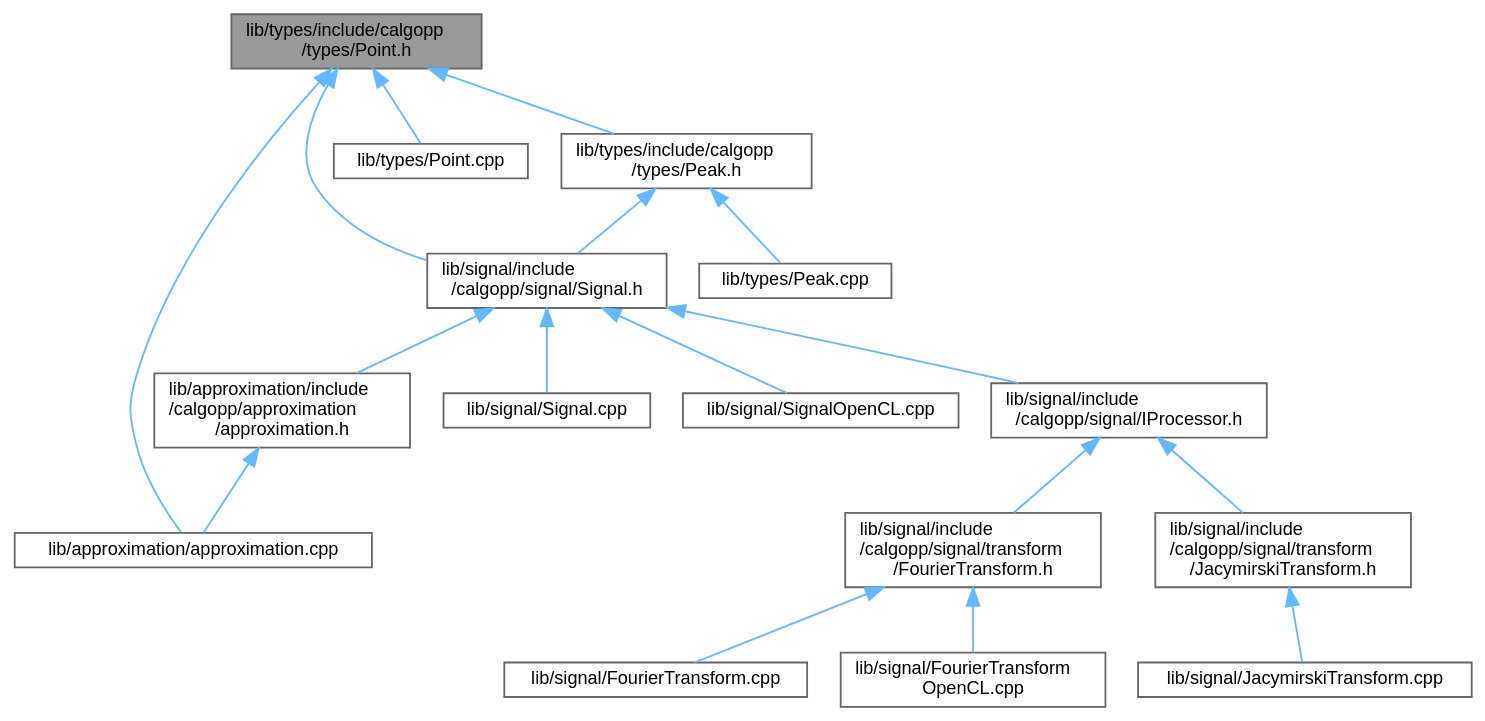
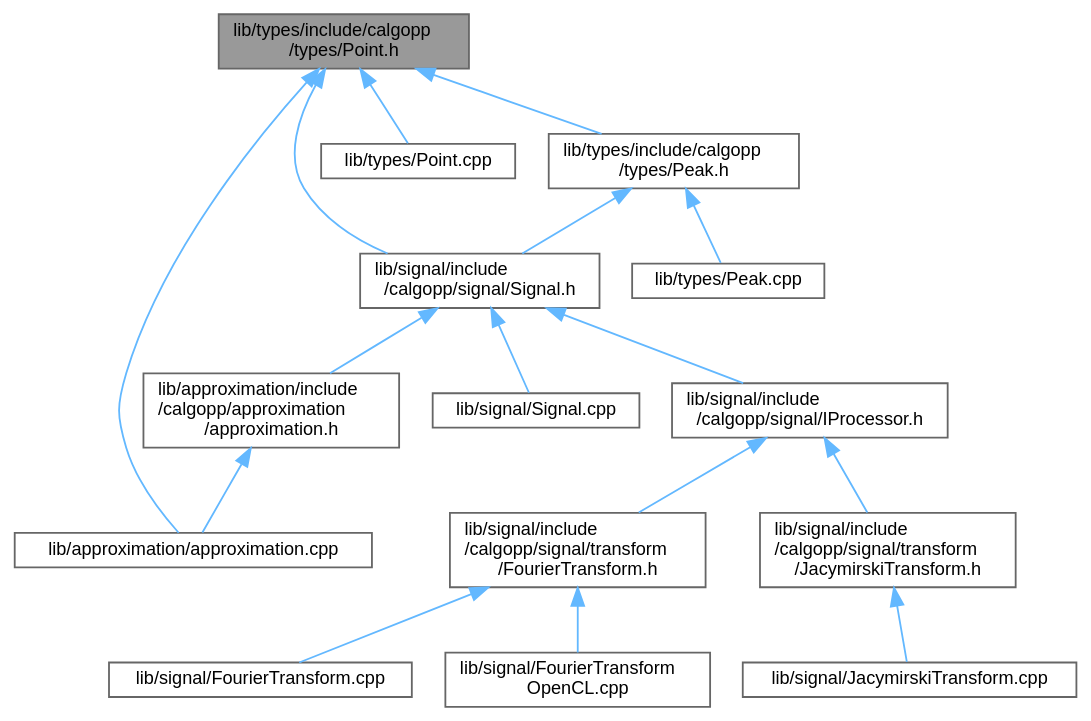
Before and after one commit to pawelekg95/algopp: the diagram in Point_8h__dep__incl.dot, drawn with Graphviz. The commit also changed 63 other files, not shown here.

```diff
--- a/Point_8h__dep__incl.dot
+++ b/Point_8h__dep__incl.dot
@@ -1,38 +1,36 @@
 digraph "lib/types/include/calgopp/types/Point.h"
 {
  // LATEX_PDF_SIZE
   bgcolor="transparent";
   edge [fontname=Helvetica,fontsize=10,labelfontname=Helvetica,labelfontsize=10];
   node [fontname=Helvetica,fontsize=10,shape=box,height=0.2,width=0.4];
   Node1 [label="lib/types/include/calgopp\l/types/Point.h",height=0.2,width=0.4,color="gray40", fillcolor="grey60", style="filled", fontcolor="black",tooltip=" "];
   Node1 -> Node2 [dir="back",color="steelblue1",style="solid"];
   Node2 [label="lib/approximation/approximation.cpp",height=0.2,width=0.4,color="grey40", fillcolor="white", style="filled",URL="$approximation_8cpp.html",tooltip=" "];
   Node1 -> Node3 [dir="back",color="steelblue1",style="solid"];
   Node3 [label="lib/signal/include\l/calgopp/signal/Signal.h",height=0.2,width=0.4,color="grey40", fillcolor="white", style="filled",URL="$Signal_8h.html",tooltip=" "];
   Node3 -> Node4 [dir="back",color="steelblue1",style="solid"];
   Node4 [label="lib/approximation/include\l/calgopp/approximation\l/approximation.h",height=0.2,width=0.4,color="grey40", fillcolor="white", style="filled",URL="$approximation_8h.html",tooltip=" "];
   Node4 -> Node2 [dir="back",color="steelblue1",style="solid"];
   Node3 -> Node5 [dir="back",color="steelblue1",style="solid"];
   Node5 [label="lib/signal/Signal.cpp",height=0.2,width=0.4,color="grey40", fillcolor="white", style="filled",URL="$Signal_8cpp.html",tooltip=" "];
   Node3 -> Node6 [dir="back",color="steelblue1",style="solid"];
-  Node6 [label="lib/signal/SignalOpenCL.cpp",height=0.2,width=0.4,color="grey40", fillcolor="white", style="filled",URL="$SignalOpenCL_8cpp.html",tooltip=" "];
-  Node3 -> Node7 [dir="back",color="steelblue1",style="solid"];
-  Node7 [label="lib/signal/include\l/calgopp/signal/IProcessor.h",height=0.2,width=0.4,color="grey40", fillcolor="white", style="filled",URL="$IProcessor_8h.html",tooltip=" "];
+  Node6 [label="lib/signal/include\l/calgopp/signal/IProcessor.h",height=0.2,width=0.4,color="grey40", fillcolor="white", style="filled",URL="$IProcessor_8h.html",tooltip=" "];
+  Node6 -> Node7 [dir="back",color="steelblue1",style="solid"];
+  Node7 [label="lib/signal/include\l/calgopp/signal/transform\l/FourierTransform.h",height=0.2,width=0.4,color="grey40", fillcolor="white", style="filled",URL="$FourierTransform_8h.html",tooltip=" "];
   Node7 -> Node8 [dir="back",color="steelblue1",style="solid"];
-  Node8 [label="lib/signal/include\l/calgopp/signal/transform\l/FourierTransform.h",height=0.2,width=0.4,color="grey40", fillcolor="white", style="filled",URL="$FourierTransform_8h.html",tooltip=" "];
-  Node8 -> Node9 [dir="back",color="steelblue1",style="solid"];
-  Node9 [label="lib/signal/FourierTransform.cpp",height=0.2,width=0.4,color="grey40", fillcolor="white", style="filled",URL="$FourierTransform_8cpp.html",tooltip=" "];
-  Node8 -> Node10 [dir="back",color="steelblue1",style="solid"];
-  Node10 [label="lib/signal/FourierTransform\lOpenCL.cpp",height=0.2,width=0.4,color="grey40", fillcolor="white", style="filled",URL="$FourierTransformOpenCL_8cpp.html",tooltip=" "];
-  Node7 -> Node11 [dir="back",color="steelblue1",style="solid"];
-  Node11 [label="lib/signal/include\l/calgopp/signal/transform\l/JacymirskiTransform.h",height=0.2,width=0.4,color="grey40", fillcolor="white", style="filled",URL="$JacymirskiTransform_8h.html",tooltip=" "];
-  Node11 -> Node12 [dir="back",color="steelblue1",style="solid"];
-  Node12 [label="lib/signal/JacymirskiTransform.cpp",height=0.2,width=0.4,color="grey40", fillcolor="white", style="filled",URL="$JacymirskiTransform_8cpp.html",tooltip=" "];
+  Node8 [label="lib/signal/FourierTransform.cpp",height=0.2,width=0.4,color="grey40", fillcolor="white", style="filled",URL="$FourierTransform_8cpp.html",tooltip=" "];
+  Node7 -> Node9 [dir="back",color="steelblue1",style="solid"];
+  Node9 [label="lib/signal/FourierTransform\lOpenCL.cpp",height=0.2,width=0.4,color="grey40", fillcolor="white", style="filled",URL="$FourierTransformOpenCL_8cpp.html",tooltip=" "];
+  Node6 -> Node10 [dir="back",color="steelblue1",style="solid"];
+  Node10 [label="lib/signal/include\l/calgopp/signal/transform\l/JacymirskiTransform.h",height=0.2,width=0.4,color="grey40", fillcolor="white", style="filled",URL="$JacymirskiTransform_8h.html",tooltip=" "];
+  Node10 -> Node11 [dir="back",color="steelblue1",style="solid"];
+  Node11 [label="lib/signal/JacymirskiTransform.cpp",height=0.2,width=0.4,color="grey40", fillcolor="white", style="filled",URL="$JacymirskiTransform_8cpp.html",tooltip=" "];
+  Node1 -> Node12 [dir="back",color="steelblue1",style="solid"];
+  Node12 [label="lib/types/Point.cpp",height=0.2,width=0.4,color="grey40", fillcolor="white", style="filled",URL="$Point_8cpp.html",tooltip=" "];
   Node1 -> Node13 [dir="back",color="steelblue1",style="solid"];
-  Node13 [label="lib/types/Point.cpp",height=0.2,width=0.4,color="grey40", fillcolor="white", style="filled",URL="$Point_8cpp.html",tooltip=" "];
-  Node1 -> Node14 [dir="back",color="steelblue1",style="solid"];
-  Node14 [label="lib/types/include/calgopp\l/types/Peak.h",height=0.2,width=0.4,color="grey40", fillcolor="white", style="filled",URL="$Peak_8h.html",tooltip=" "];
-  Node14 -> Node3 [dir="back",color="steelblue1",style="solid"];
-  Node14 -> Node15 [dir="back",color="steelblue1",style="solid"];
-  Node15 [label="lib/types/Peak.cpp",height=0.2,width=0.4,color="grey40", fillcolor="white", style="filled",URL="$Peak_8cpp.html",tooltip=" "];
+  Node13 [label="lib/types/include/calgopp\l/types/Peak.h",height=0.2,width=0.4,color="grey40", fillcolor="white", style="filled",URL="$Peak_8h.html",tooltip=" "];
+  Node13 -> Node3 [dir="back",color="steelblue1",style="solid"];
+  Node13 -> Node14 [dir="back",color="steelblue1",style="solid"];
+  Node14 [label="lib/types/Peak.cpp",height=0.2,width=0.4,color="grey40", fillcolor="white", style="filled",URL="$Peak_8cpp.html",tooltip=" "];
 }
```
